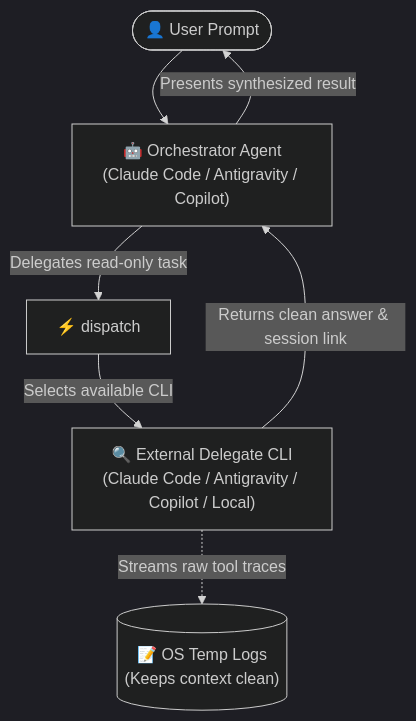
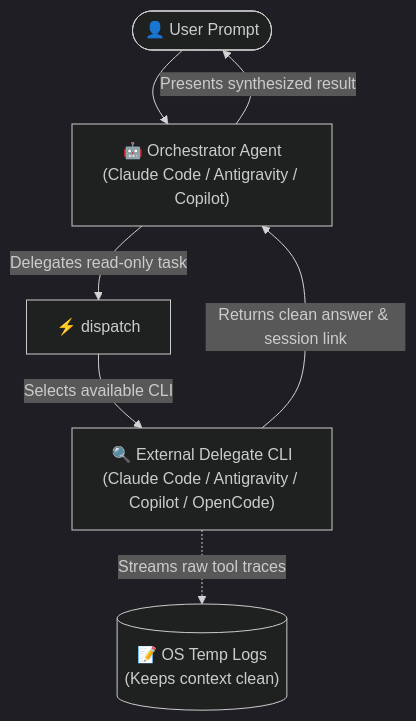
One commit to Gyunikuchan/dispatch-skills changed the diagram in skills/dispatch/README.md. Above: the diagram before and after it, drawn with Mermaid (dark theme). The commit also changed other lines of this file and 44 other files, not shown here.

````diff
--- a/skills/dispatch/README.md
+++ b/skills/dispatch/README.md
@@ -17,12 +17,12 @@
 ```mermaid
 flowchart TD
     User(["👤 User Prompt"]) --> Orchestrator["🤖 Orchestrator Agent<br/>(Claude Code / Antigravity / Copilot)"]
     Orchestrator -->|"Delegates read-only task"| Dispatch["⚡ dispatch"]
     
-    Dispatch -->|"Selects available CLI"| Delegate["🔍 External Delegate CLI<br/>(Claude Code / Antigravity / Copilot / Local)"]
+    Dispatch -->|"Selects available CLI"| Delegate["🔍 External Delegate CLI<br/>(Claude Code / Antigravity / Copilot / OpenCode)"]
     
     Delegate -.->|"Streams raw tool traces"| Logs[("📝 OS Temp Logs<br/>(Keeps context clean)")]
     Delegate -->|"Returns clean answer & session link"| Orchestrator
     
     Orchestrator -->|"Presents synthesized result"| User
 ```
````
